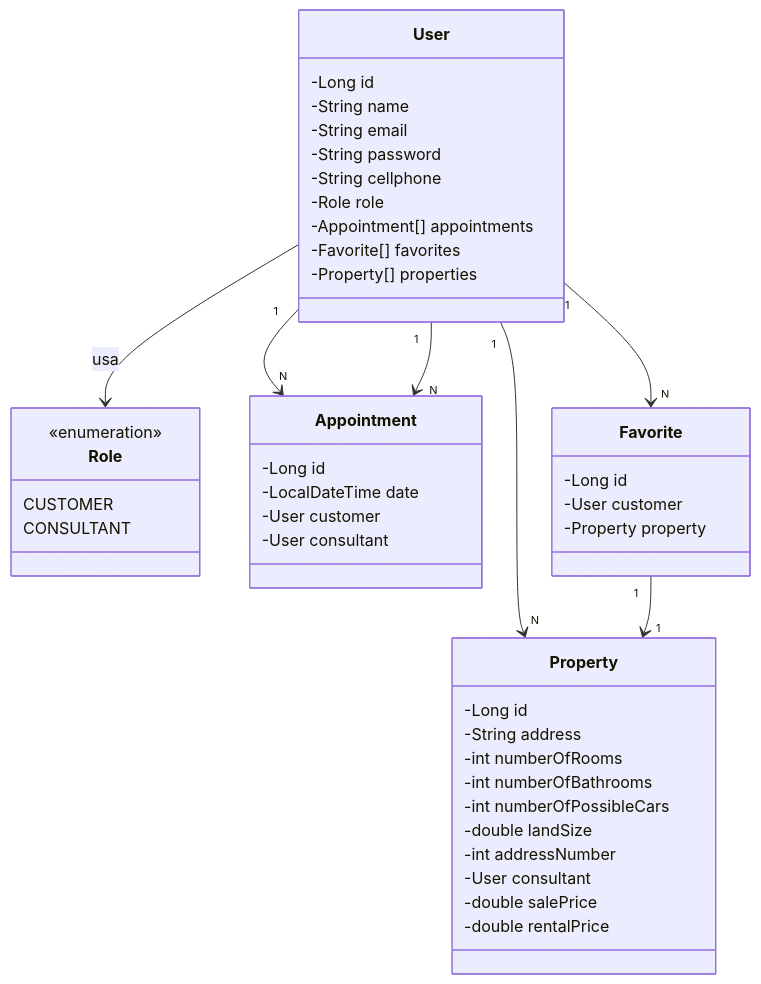
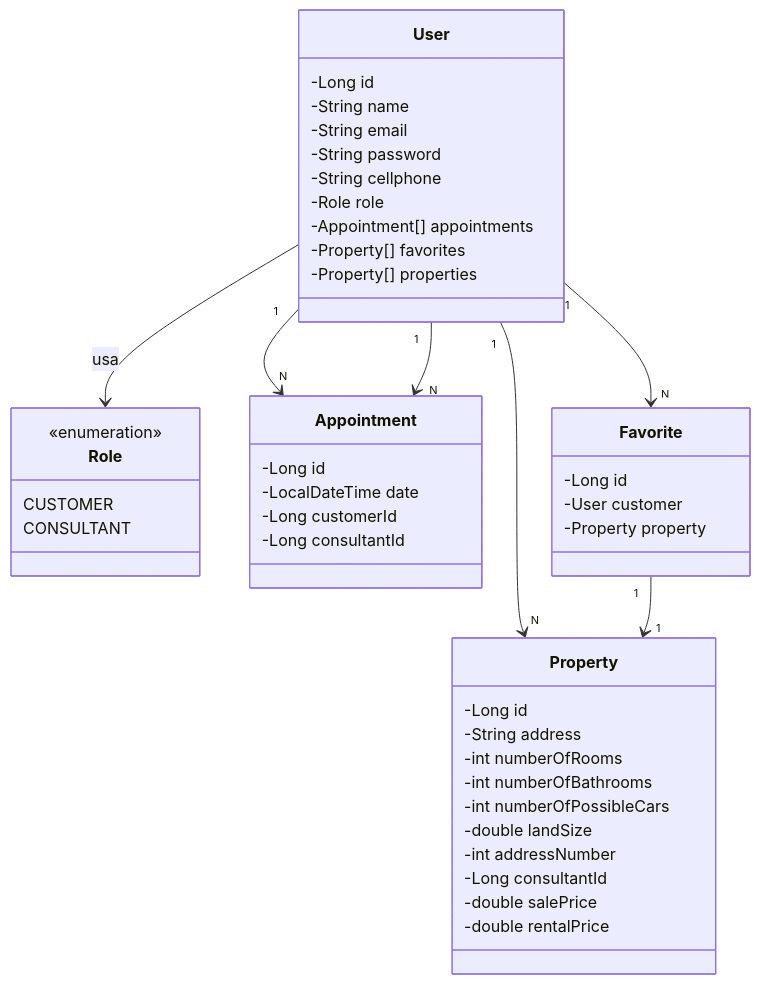
The diagram in README.md (joaovitor-ma/imoveis-sa-api), drawn with Mermaid before and after one commit.

Commit message:
Update README.md
Alterando os tipos dos atributos de relacionamento entre entidades

````diff
--- a/README.md
+++ b/README.md
@@ -32,53 +32,53 @@
 ```mermaid
 classDiagram
     class User {
         -Long id
         -String name
         -String email
         -String password
         -String cellphone
         -Role role
         -Appointment[] appointments
-        -Favorite[] favorites
+        -Property[] favorites
         -Property[] properties
     }
 
     class Role {
         <<enumeration>>
         CUSTOMER
         CONSULTANT
     }
 
     class Property {
         -Long id
         -String address
         -int numberOfRooms
         -int numberOfBathrooms
         -int numberOfPossibleCars
         -double landSize
         -int addressNumber
-        -User consultant
+        -Long consultantId
         -double salePrice
         -double rentalPrice
     }
 
     class Appointment {
         -Long id
         -LocalDateTime date
-        -User customer
-        -User consultant
+        -Long customerId
+        -Long consultantId
     }
 
     class Favorite {
         -Long id
         -User customer
         -Property property
     }
 
     User --> Role : usa
     User "1" --> "N" Property
     User "1" --> "N" Appointment
     User "1" --> "N" Appointment
     User "1" --> "N" Favorite
     Favorite "1" --> "1" Property
 ```
````
